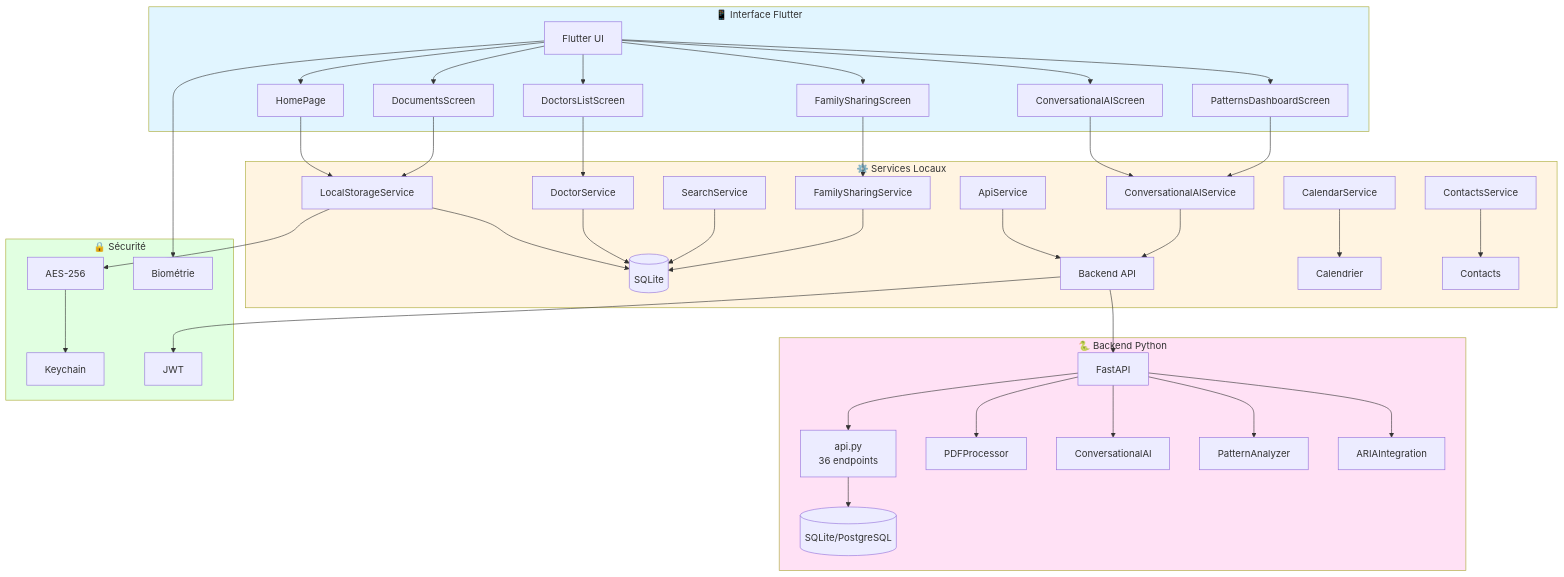
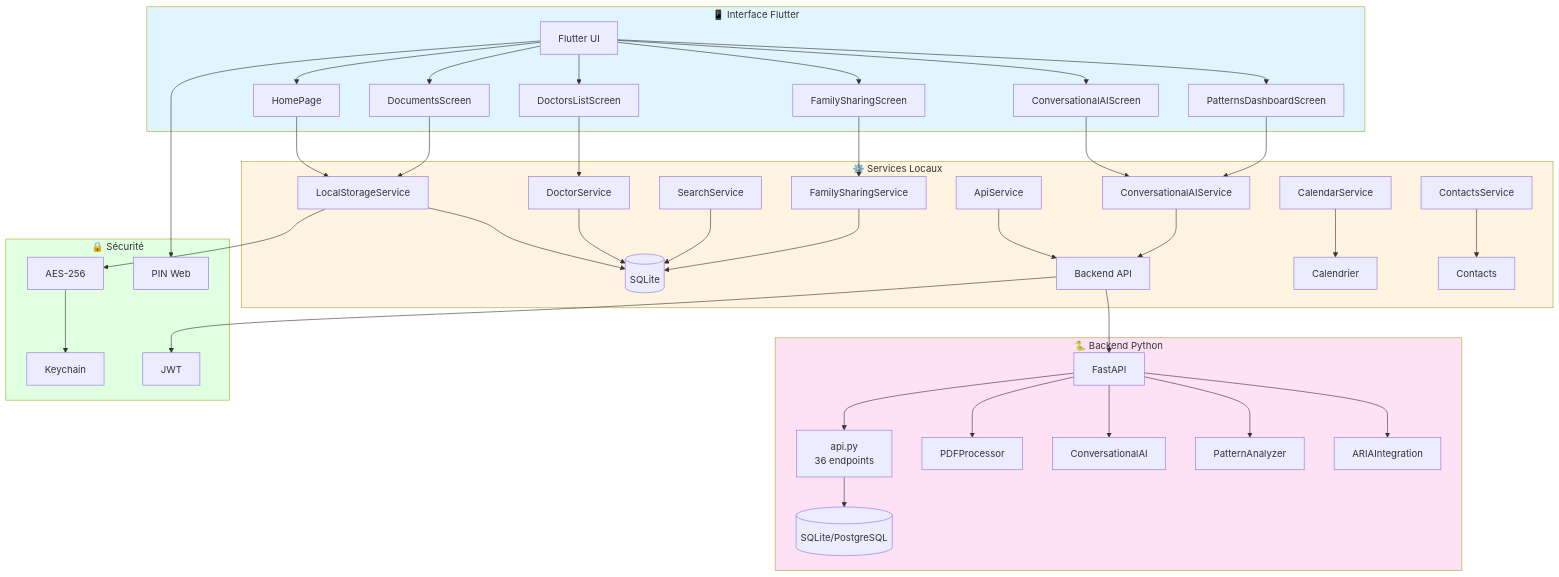
The first of 9 diagrams in docs/ARCHITECTURE.md (arkalia-luna-system/arkalia-cia), drawn with Mermaid before and after one commit. The commit also changed other lines of this file and 34 other files, not shown here.

````diff
--- a/docs/ARCHITECTURE.md
+++ b/docs/ARCHITECTURE.md
@@ -33,56 +33,56 @@
 ```mermaid
 graph TB
     subgraph UI["📱 Interface Flutter"]
         A[Flutter UI] --> B[HomePage]
         A --> C[DocumentsScreen]
         A --> D[DoctorsListScreen]
         A --> E[ConversationalAIScreen]
         A --> F[PatternsDashboardScreen]
         A --> G[FamilySharingScreen]
     end
 
     subgraph Services["⚙️ Services Locaux"]
         H[LocalStorageService] --> I[(SQLite)]
         J[ApiService] --> K[Backend API]
         L[DoctorService] --> I
         M[SearchService] --> I
         N[ConversationalAIService] --> K
         O[FamilySharingService] --> I
         P[CalendarService] --> Q[Calendrier]
         R[ContactsService] --> S[Contacts]
     end
 
     subgraph Backend["🐍 Backend Python"]
         K --> T[FastAPI]
         T --> U["api.py<br/>36 endpoints"]
         T --> V[PDFProcessor]
         T --> W[ConversationalAI]
         T --> X[PatternAnalyzer]
         T --> Y[ARIAIntegration]
         U --> Z[(SQLite/PostgreSQL)]
     end
 
     subgraph Security["🔒 Sécurité"]
         AA[AES-256]
         AB[Keychain]
         AC[JWT]
-        AD[Biométrie]
+        AD[PIN Web]
     end
 
     B --> H
     C --> H
     D --> L
     E --> N
     F --> N
     G --> O
 
     H --> AA
     AA --> AB
     K --> AC
     A --> AD
 
     style UI fill:#e1f5ff
     style Services fill:#fff4e1
     style Backend fill:#ffe1f5
     style Security fill:#e1ffe1
 ```
````
